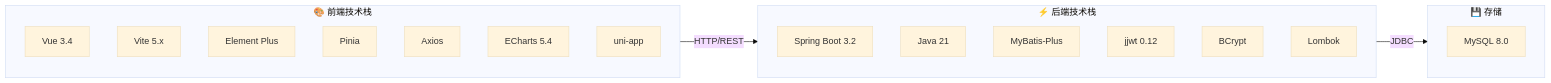
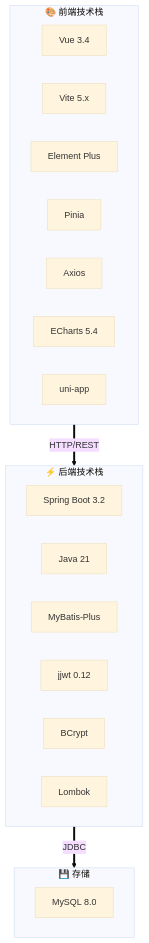
Before and after one commit to Shen-coderhorse/xiantao: the second of 11 diagrams in README.md, drawn with Mermaid (base theme).

Commit message:
refactor: 优化 README 技术栈全景图布局

````diff
--- a/README.md
+++ b/README.md
@@ -131,28 +131,28 @@
 ```mermaid
-graph LR
+flowchart TD
     subgraph Frontend["🎨 前端技术栈"]
         F1["Vue 3.4"]
         F2["Vite 5.x"]
         F3["Element Plus"]
         F4["Pinia"]
         F5["Axios"]
         F6["ECharts 5.4"]
         F7["uni-app"]
     end
 
     subgraph Backend["⚡ 后端技术栈"]
         B1["Spring Boot 3.2"]
         B2["Java 21"]
         B3["MyBatis-Plus"]
         B4["jjwt 0.12"]
         B5["BCrypt"]
         B6["Lombok"]
     end
 
     subgraph Storage["💾 存储"]
         S1["MySQL 8.0"]
     end
 
-    Frontend -->|HTTP/REST| Backend
-    Backend -->|JDBC| Storage
+    Frontend ==>|HTTP/REST| Backend
+    Backend ==>|JDBC| Storage
 ```
````
